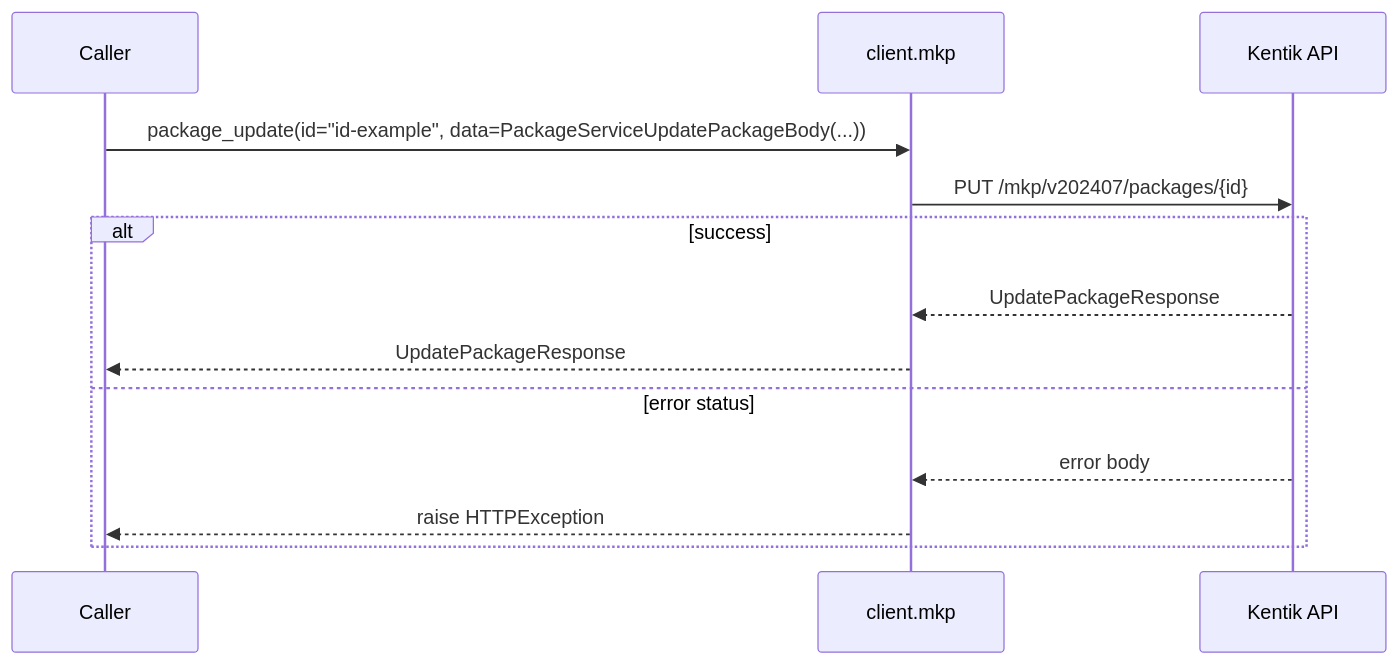
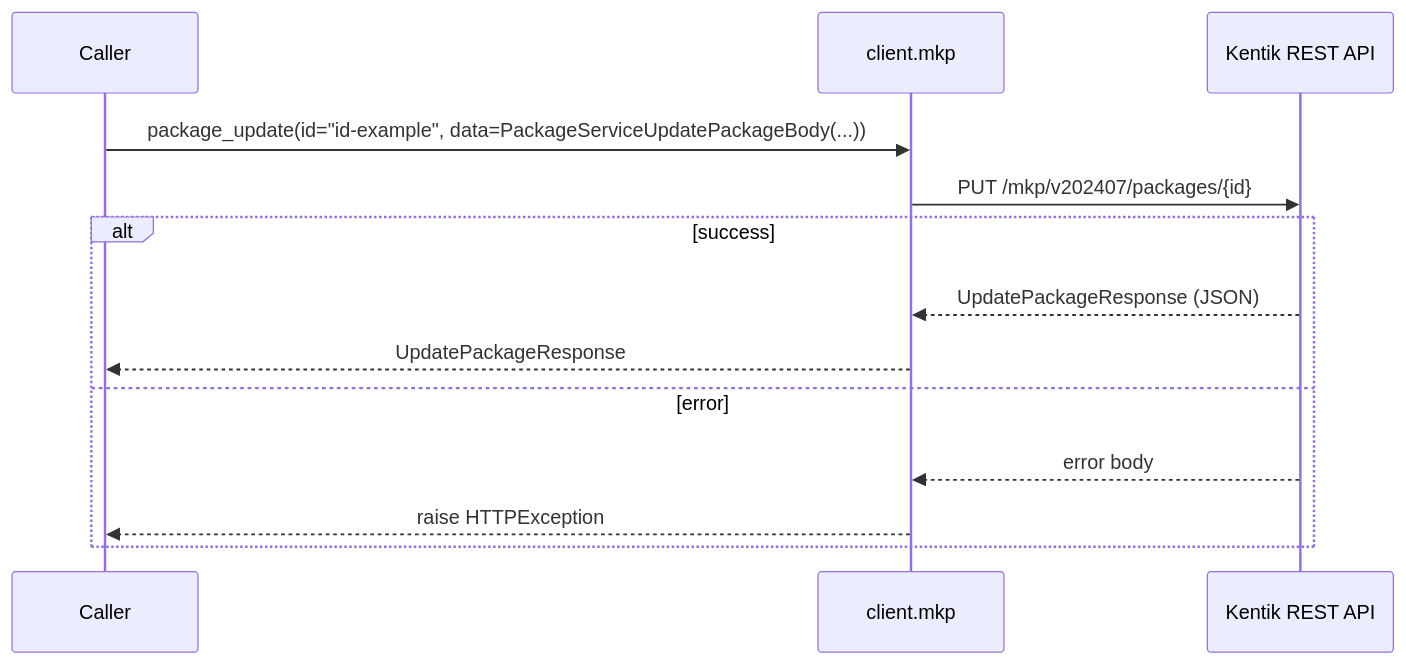
The eighth of 30 diagrams in docs/sphinx/services/mkp.md (alexdearaujo/community_sdk_python), drawn with Mermaid before and after one commit. The commit also changed other lines of this file and 61 other files, not shown here.

````diff
--- a/docs/sphinx/services/mkp.md
+++ b/docs/sphinx/services/mkp.md
@@ -177,16 +254,16 @@
 ```mermaid
 sequenceDiagram
     participant C as Caller
     participant W as client.mkp
-    participant API as Kentik API
+    participant API as Kentik REST API
 
     C->>W: package_update(id="id-example", data=PackageServiceUpdatePackageBody(...))
     W->>API: PUT /mkp/v202407/packages/{id}
     alt success
-        API-->>W: UpdatePackageResponse
+        API-->>W: UpdatePackageResponse (JSON)
         W-->>C: UpdatePackageResponse
-    else error status
+    else error
         API-->>W: error body
         W-->>C: raise HTTPException
     end
 ```
````
